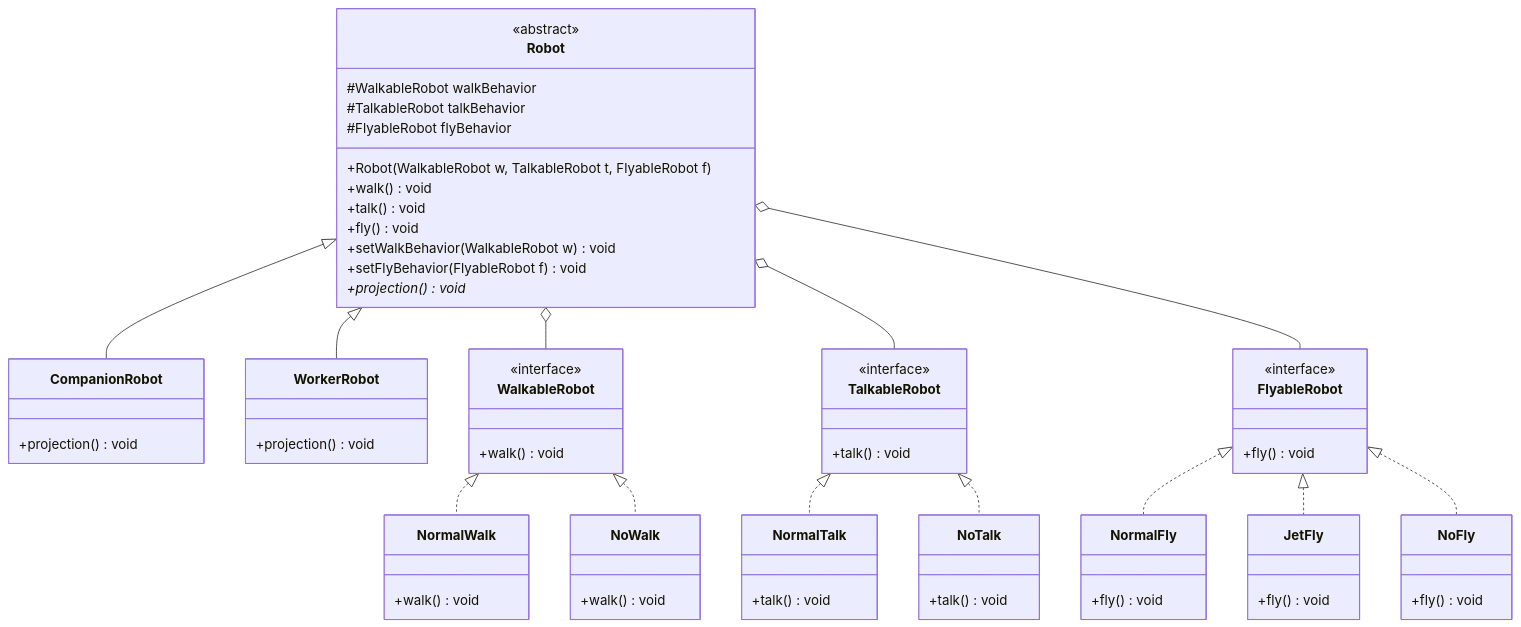
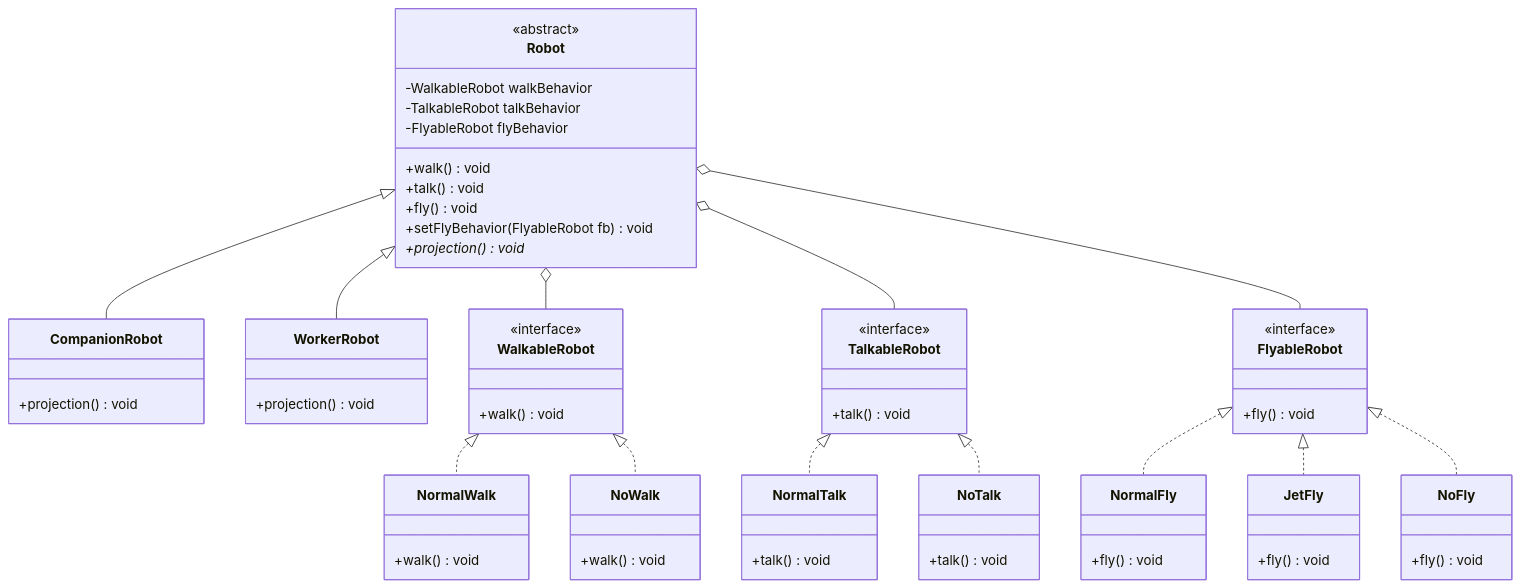
The diagram in 04-OOPs-and-Design-Patterns/03-Design-Patterns/08-Strategy-Design-Pattern.md (rohithgowda18/Notes), drawn with Mermaid before and after one commit. The commit also changed other lines of this file and 17 other files, not shown here.

````diff
--- a/04-OOPs-and-Design-Patterns/03-Design-Patterns/08-Strategy-Design-Pattern.md
+++ b/04-OOPs-and-Design-Patterns/03-Design-Patterns/08-Strategy-Design-Pattern.md
@@ -108,65 +62,57 @@
 ```mermaid
 classDiagram
-    %% Context Classes
     class Robot {
         <<abstract>>
-        #WalkableRobot walkBehavior
-        #TalkableRobot talkBehavior
-        #FlyableRobot flyBehavior
-        +Robot(WalkableRobot w, TalkableRobot t, FlyableRobot f)
+        -WalkableRobot walkBehavior
+        -TalkableRobot talkBehavior
+        -FlyableRobot flyBehavior
         +walk() void
         +talk() void
         +fly() void
-        +setWalkBehavior(WalkableRobot w) void
-        +setFlyBehavior(FlyableRobot f) void
+        +setFlyBehavior(FlyableRobot fb) void
         +projection()* void
     }
 
     class CompanionRobot {
         +projection() void
     }
-
     class WorkerRobot {
         +projection() void
     }
 
     Robot <|-- CompanionRobot
     Robot <|-- WorkerRobot
 
-    %% Walk Strategy
     class WalkableRobot {
         <<interface>>
         +walk() void
     }
     class NormalWalk { +walk() void }
     class NoWalk { +walk() void }
     WalkableRobot <|.. NormalWalk
     WalkableRobot <|.. NoWalk
 
-    %% Talk Strategy
     class TalkableRobot {
         <<interface>>
         +talk() void
     }
     class NormalTalk { +talk() void }
     class NoTalk { +talk() void }
     TalkableRobot <|.. NormalTalk
     TalkableRobot <|.. NoTalk
 
-    %% Fly Strategy
     class FlyableRobot {
         <<interface>>
         +fly() void
     }
     class NormalFly { +fly() void }
     class JetFly { +fly() void }
     class NoFly { +fly() void }
     FlyableRobot <|.. NormalFly
     FlyableRobot <|.. JetFly
     FlyableRobot <|.. NoFly
 
-    %% Context has-a Strategies
     Robot o-- WalkableRobot
     Robot o-- TalkableRobot
     Robot o-- FlyableRobot
 ```
````
